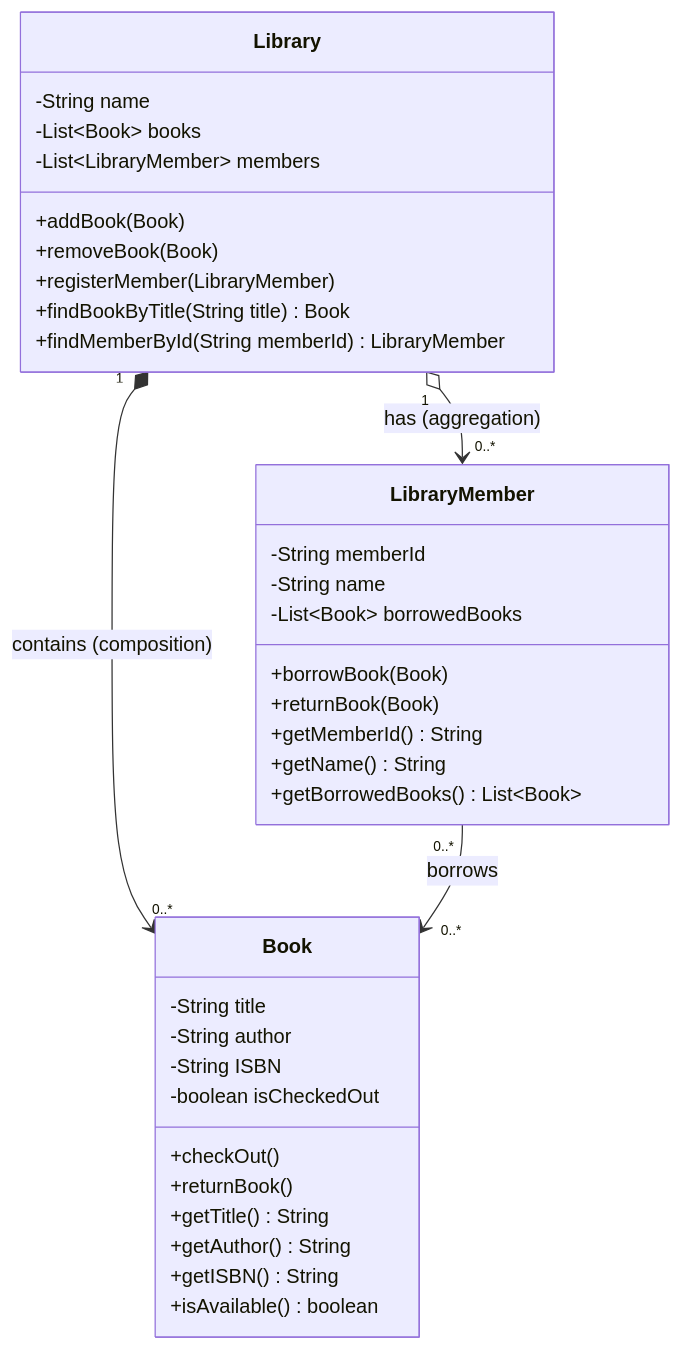
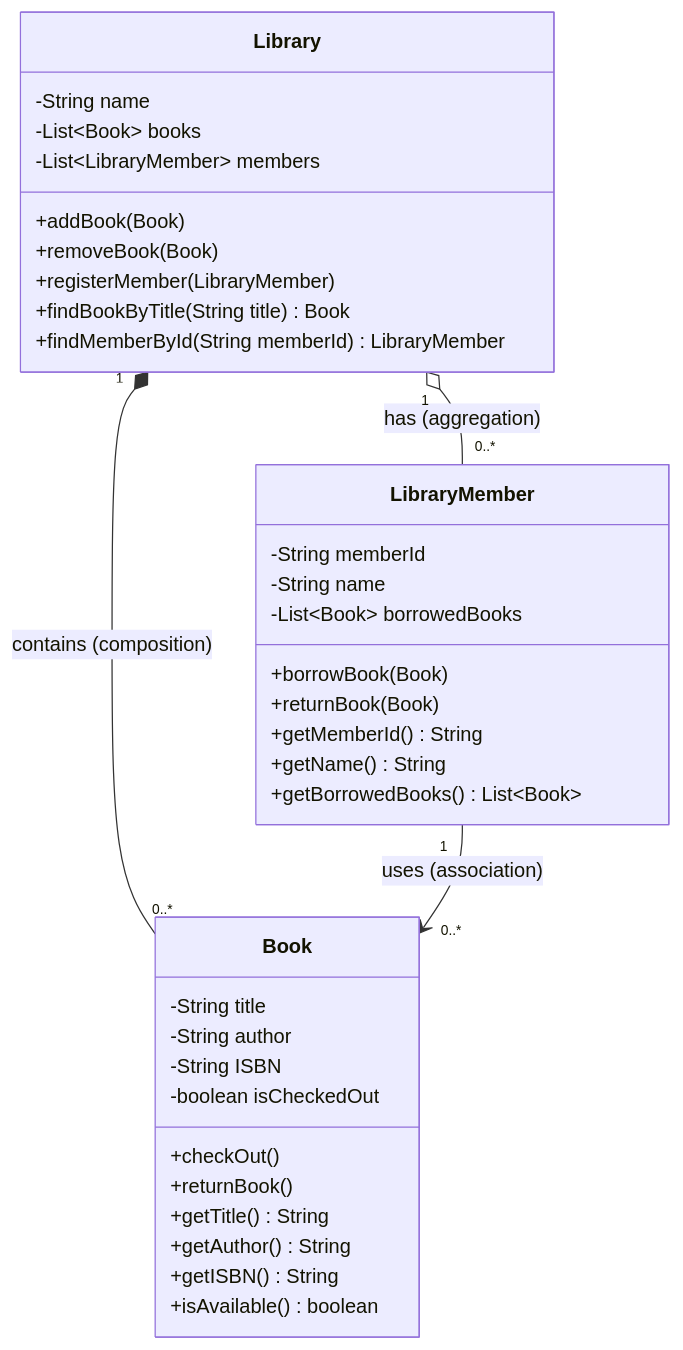
Before and after one commit to ProfBird/CS246-CourseMaterials: the diagram in LectureNotes/CS246LN-W04-D1-OopDesignReview+UML.md, drawn with Mermaid.

Commit message:
Revised cardinality and relationship lines, but it won't render right on my mac

````diff
--- a/LectureNotes/CS246LN-W04-D1-OopDesignReview+UML.md
+++ b/LectureNotes/CS246LN-W04-D1-OopDesignReview+UML.md
@@ -104,41 +104,42 @@
 ```mermaid
 classDiagram
     class Book {
         -String title
         -String author
         -String ISBN
         -boolean isCheckedOut
         +checkOut()
         +returnBook()
         +getTitle() String
         +getAuthor() String
         +getISBN() String
         +isAvailable() boolean
     }
 
     class LibraryMember {
         -String memberId
         -String name
         -List~Book~ borrowedBooks
         +borrowBook(Book)
         +returnBook(Book)
         +getMemberId() String
         +getName() String
         +getBorrowedBooks() List~Book~
     }
 
     class Library {
         -String name
         -List~Book~ books
         -List~LibraryMember~ members
         +addBook(Book)
         +removeBook(Book)
         +registerMember(LibraryMember)
         +findBookByTitle(String title) Book
         +findMemberById(String memberId) LibraryMember
     }
 
-    Library "1" *--> "0..*" Book : contains (composition)
-    Library "1" o--> "0..*" LibraryMember : has (aggregation)
-    LibraryMember "0..*" --> "0..*" Book : borrows
+    Library "1" *-- "0..*" Book : contains (composition)
+    Library "1" o-- "0..*" LibraryMember : has (aggregation)
+    LibraryMember "1" --> "0..*" Book : uses (association)
+    
 ```
````
